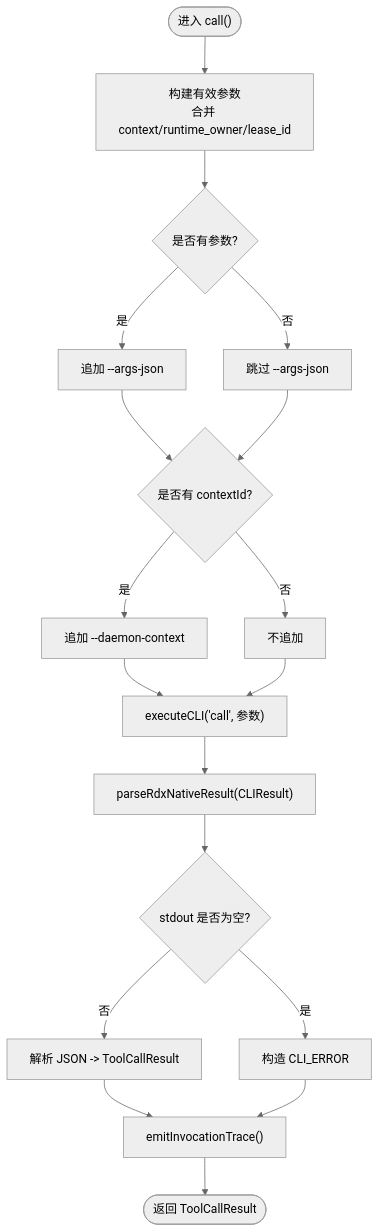
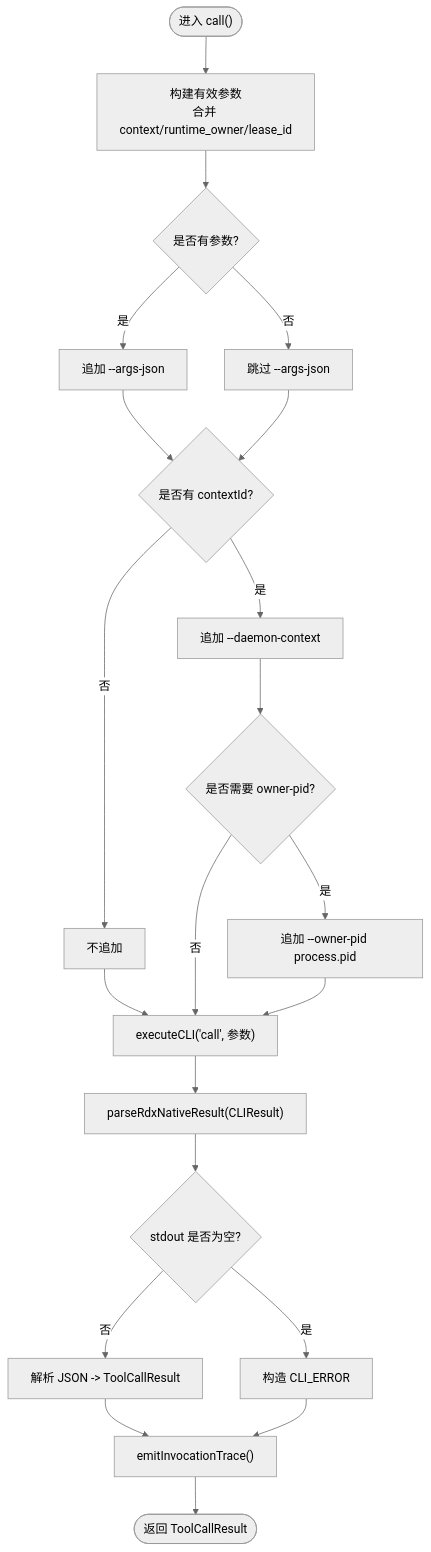
One commit to haolange/RDC-Agent changed the third of 6 diagrams in .qoder/repowiki/zh/content/核心模块/工具系统/RDX CLI 调用器.md. Above: the diagram before and after it, drawn with Mermaid (neutral theme). The commit also changed other lines of this file and 28 other files, not shown here.

````diff
--- a/.qoder/repowiki/zh/content/核心模块/工具系统/RDX CLI 调用器.md
+++ b/.qoder/repowiki/zh/content/核心模块/工具系统/RDX CLI 调用器.md
@@ -125,20 +137,23 @@
 ```mermaid
 flowchart TD
 Start(["进入 call()"]) --> BuildArgs["构建有效参数<br/>合并 context/runtime_owner/lease_id"]
 BuildArgs --> JsonArg{"是否有参数?"}
 JsonArg --> |是| AddJson["追加 --args-json"]
 JsonArg --> |否| SkipJson["跳过 --args-json"]
 AddJson --> ContextFlag{"是否有 contextId?"}
 SkipJson --> ContextFlag
 ContextFlag --> |是| AddCtx["追加 --daemon-context"]
 ContextFlag --> |否| NoCtx["不追加"]
-AddCtx --> Exec["executeCLI('call', 参数)"]
-NoCtx --> Exec
+AddCtx --> OwnerPid{"是否需要 owner-pid?"}
+NoCtx --> Exec["executeCLI('call', 参数)"]
+OwnerPid --> |是| AddOwnerPid["追加 --owner-pid process.pid"]
+OwnerPid --> |否| Exec
+AddOwnerPid --> Exec
 Exec --> Parse["parseRdxNativeResult(CLIResult)"]
 Parse --> Stdout{"stdout 是否为空?"}
 Stdout --> |否| MapResult["解析 JSON -> ToolCallResult"]
 Stdout --> |是| ErrorResult["构造 CLI_ERROR"]
 MapResult --> Emit["emitInvocationTrace()"]
 ErrorResult --> Emit
 Emit --> End(["返回 ToolCallResult"])
 ```
````
